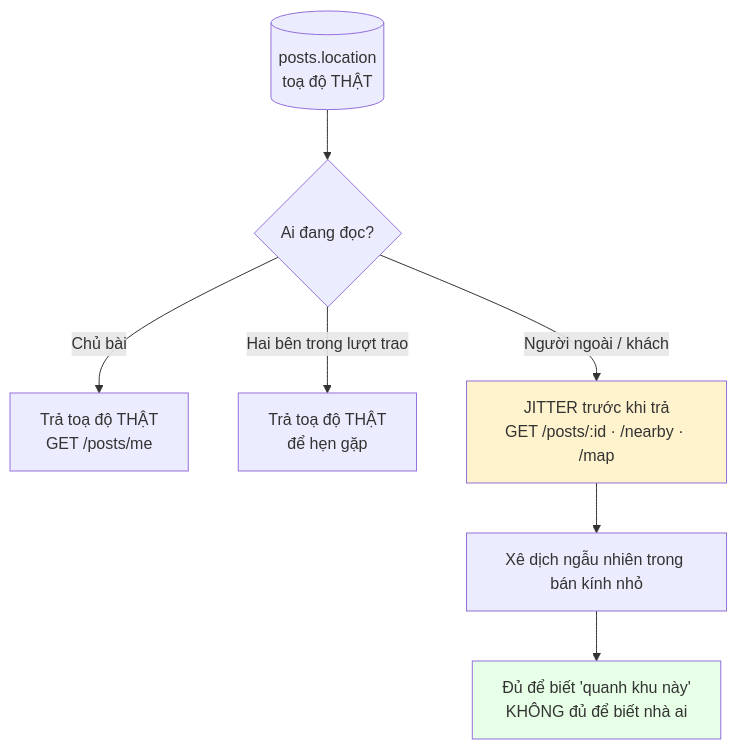
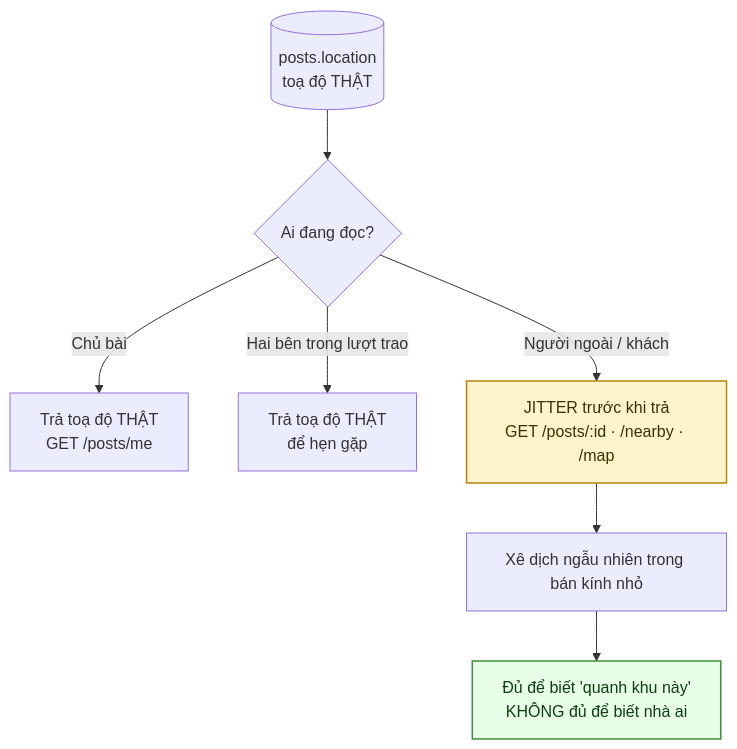
One commit to fdshn/trueheart changed the first of 5 diagrams in docs/diagram/25-location-privacy.md. Above: the diagram before and after it, drawn with Mermaid. The commit also changed other lines of this file and 30 other files, not shown here.

First line of the commit message:
docs(diagram): chữ trong khối tô màu đọc được ở cả giao diện sáng và tối

````diff
--- a/docs/diagram/25-location-privacy.md
+++ b/docs/diagram/25-location-privacy.md
@@ -9,13 +9,13 @@
 ```mermaid
 flowchart TD
     A[(posts.location<br/>toạ độ THẬT)] --> B{Ai đang đọc?}
     B -->|Chủ bài| C["Trả toạ độ THẬT<br/>GET /posts/me"]
     B -->|Hai bên trong lượt trao| D["Trả toạ độ THẬT<br/>để hẹn gặp"]
     B -->|Người ngoài / khách| E["JITTER trước khi trả<br/>GET /posts/:id · /nearby · /map"]
 
     E --> F["Xê dịch ngẫu nhiên trong bán kính nhỏ"]
     F --> G["Đủ để biết 'quanh khu này'<br/>KHÔNG đủ để biết nhà ai"]
 
-    style E fill:#fff3cd
-    style G fill:#e6ffe6
+    style E fill:#fff3cd,stroke:#b8860b,stroke-width:1.5px,color:#3d2f00
+    style G fill:#e6ffe6,stroke:#3f8f3f,stroke-width:1.5px,color:#0f3d12
 ```
````
